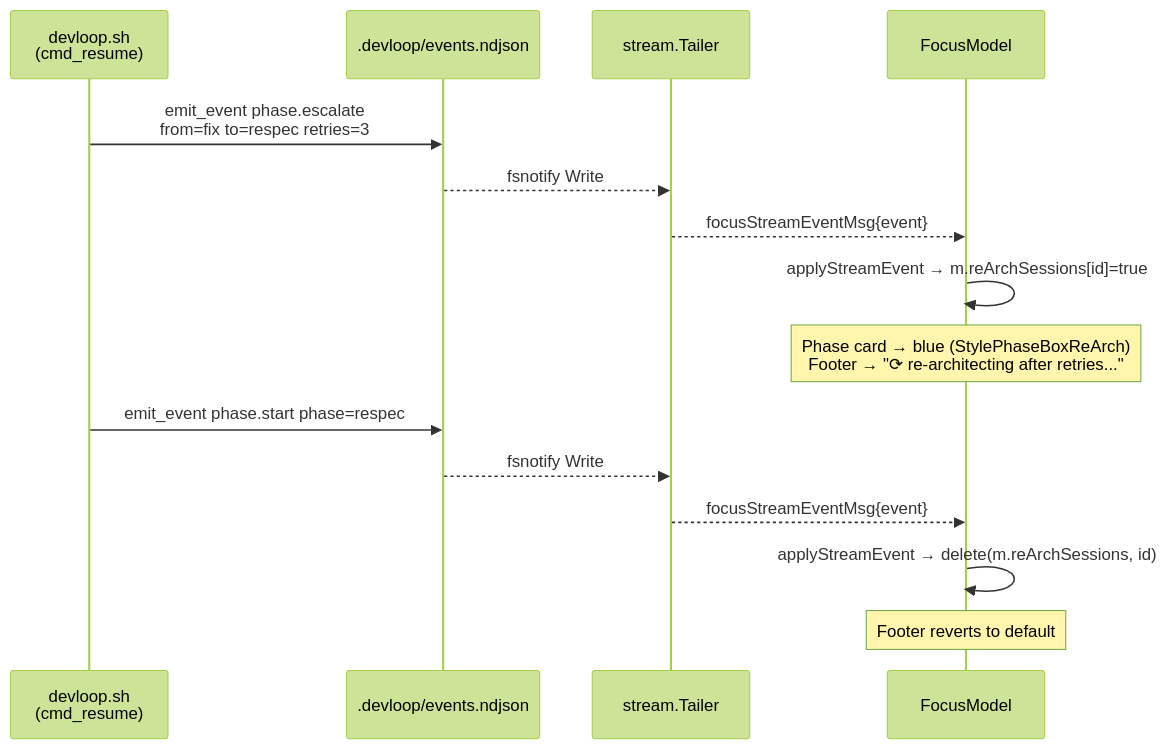
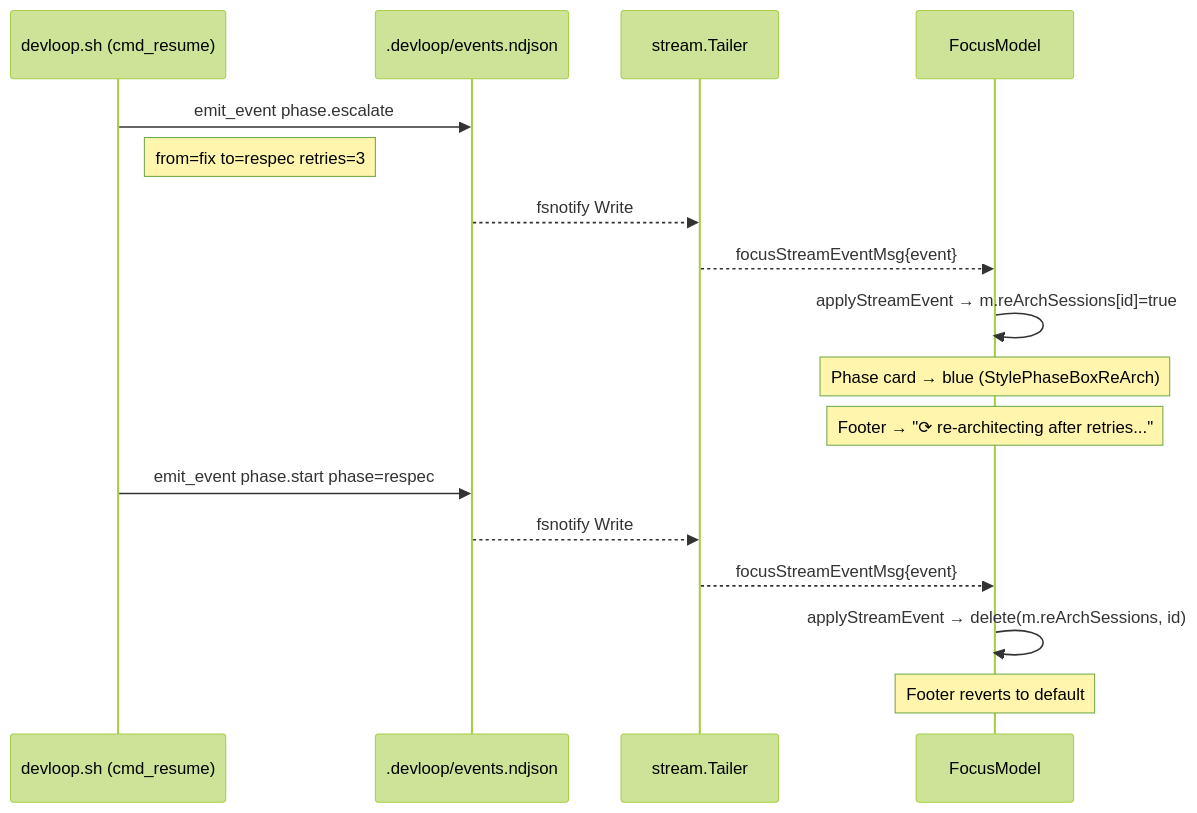
One commit to shaifulshabuj/devloop changed diagram 15 of 15 in DEVLOOP-GRAPH.md. Above: the diagram before and after it, drawn with Mermaid (forest theme). The commit also changed other lines of this file, not shown here.

Commit message:
[WIP] Fix rendering issue for Mermaid sequence diagrams in DEVLOOP-GRAPH.md (#119)

````diff
--- a/DEVLOOP-GRAPH.md
+++ b/DEVLOOP-GRAPH.md
@@ -570,18 +571,20 @@
 ```mermaid
 sequenceDiagram
-    participant SH as devloop.sh<br/>(cmd_resume)
+    participant SH as devloop.sh (cmd_resume)
     participant NDJSON as .devloop/events.ndjson
     participant T as stream.Tailer
     participant F as FocusModel
 
-    SH->>NDJSON: emit_event phase.escalate<br/>from=fix to=respec retries=3
+    SH->>NDJSON: emit_event phase.escalate
+    Note right of SH: from=fix to=respec retries=3
     NDJSON-->>T: fsnotify Write
     T-->>F: focusStreamEventMsg{event}
     F->>F: applyStreamEvent → m.reArchSessions[id]=true
-    Note over F: Phase card → blue (StylePhaseBoxReArch)<br/>Footer → "⟳ re-architecting after retries..."
+    Note over F: Phase card → blue (StylePhaseBoxReArch)
+    Note over F: Footer → "⟳ re-architecting after retries..."
     SH->>NDJSON: emit_event phase.start phase=respec
     NDJSON-->>T: fsnotify Write
     T-->>F: focusStreamEventMsg{event}
     F->>F: applyStreamEvent → delete(m.reArchSessions, id)
     Note over F: Footer reverts to default
 ```
````
